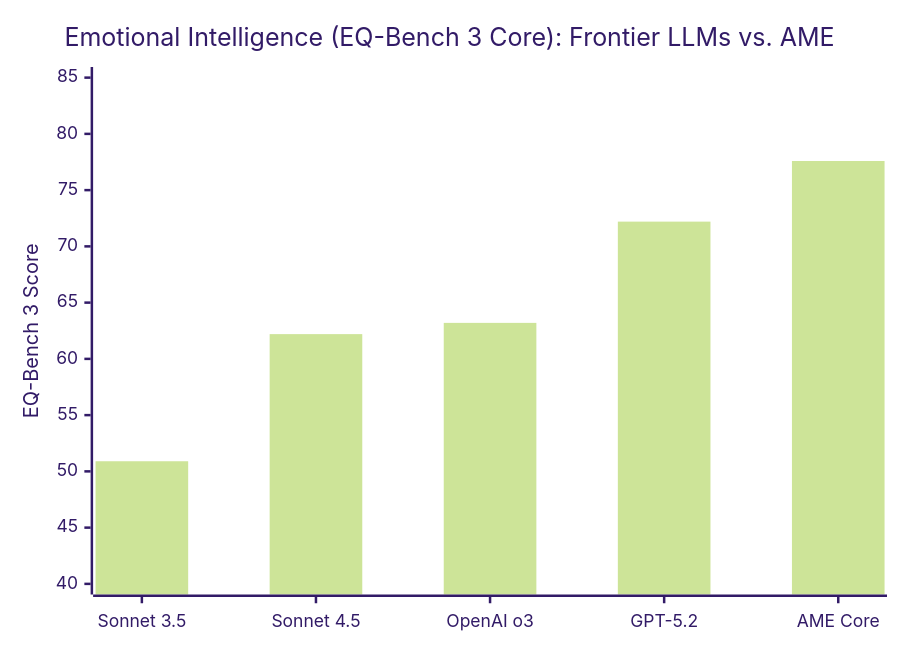
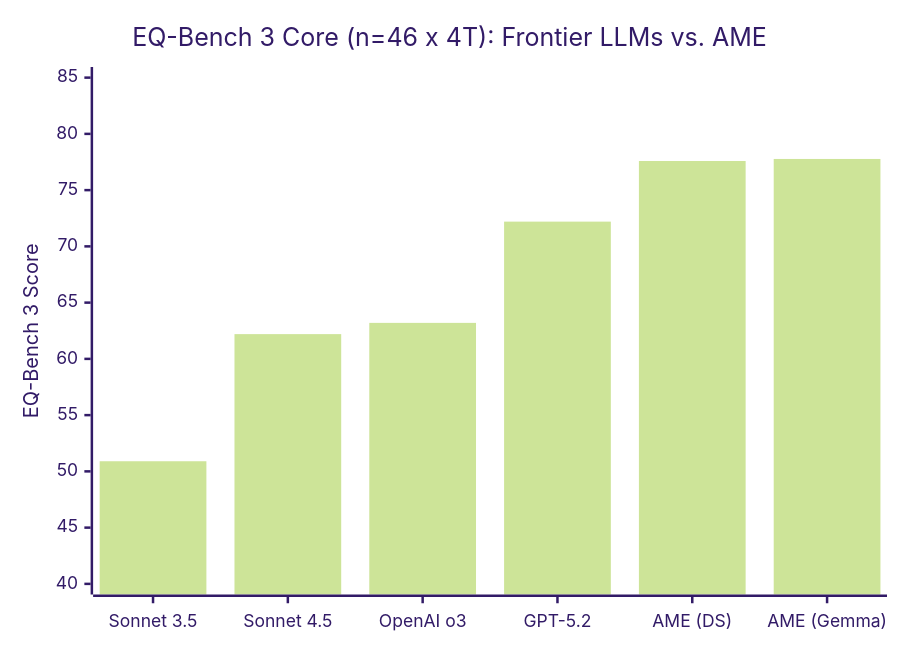
One commit to bearrhee/artificial-mind-engine changed the fifth of 8 diagrams in README.md. Above: the diagram before and after it, drawn with Mermaid (forest theme). The commit also changed other lines of this file and 7 other files, not shown here.

Commit message:
docs: add Gemma 4 26B benchmarks, standout charts, and contact info

````diff
--- a/README.md
+++ b/README.md
@@ -305,7 +310,7 @@
 ```mermaid
 xychart-beta
-  title "Emotional Intelligence (EQ-Bench 3 Core): Frontier LLMs vs. AME"
-  x-axis ["Sonnet 3.5", "Sonnet 4.5", "OpenAI o3", "GPT-5.2", "AME Core"]
+  title "EQ-Bench 3 Core (n=46 x 4T): Frontier LLMs vs. AME"
+  x-axis ["Sonnet 3.5", "Sonnet 4.5", "OpenAI o3", "GPT-5.2", "AME (DS)", "AME (Gemma)"]
   y-axis "EQ-Bench 3 Score" 40 --> 85
-  bar [50.9, 62.2, 63.2, 72.2, 77.59]
+  bar [50.9, 62.2, 63.2, 72.2, 77.59, 77.77]
 ```
````
